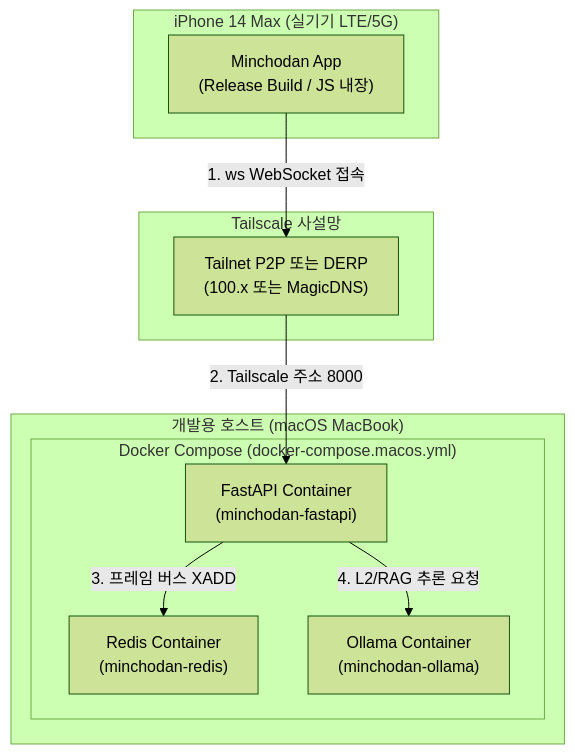
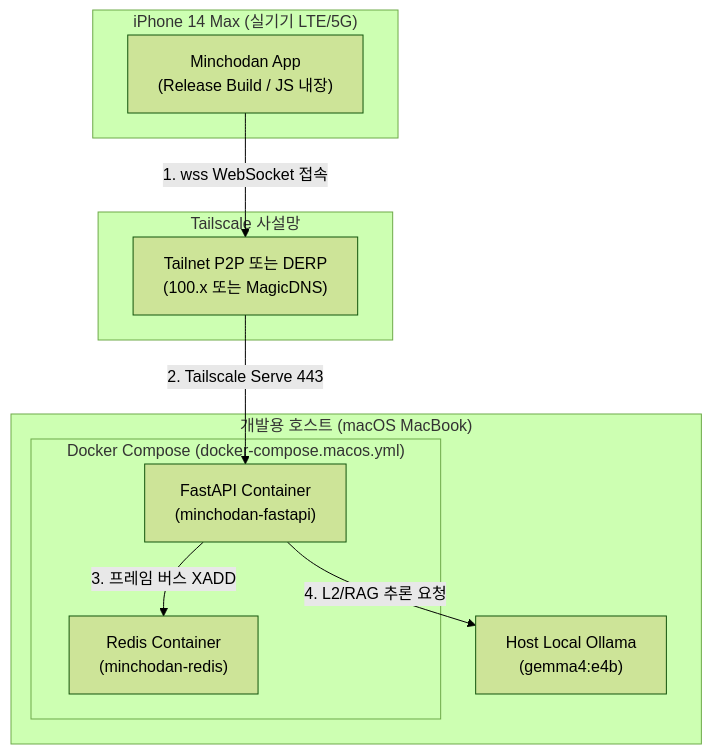
One commit to Groog-sudo/Minchodan changed the diagram in docs/ops/wireless_test_guide.md. Above: the diagram before and after it, drawn with Mermaid (forest theme). The commit also changed other lines of this file and 23 other files, not shown here.

Commit message:
infra: Docker 및 Tailscale WSS 구성 정리

````diff
--- a/docs/ops/wireless_test_guide.md
+++ b/docs/ops/wireless_test_guide.md
@@ -15,23 +15,23 @@
 ```mermaid
 graph TD
     subgraph Client ["iPhone 14 Max (실기기 LTE/5G)"]
         App["Minchodan App<br/>(Release Build / JS 내장)"]
     end
 
     subgraph Internet ["Tailscale 사설망"]
         Tunnel["Tailnet P2P 또는 DERP<br/>(100.x 또는 MagicDNS)"]
     end
 
     subgraph Host ["개발용 호스트 (macOS MacBook)"]
         subgraph Docker ["Docker Compose (docker-compose.macos.yml)"]
             FastAPI["FastAPI Container<br/>(minchodan-fastapi)"]
             Redis["Redis Container<br/>(minchodan-redis)"]
-            Ollama["Ollama Container<br/>(minchodan-ollama)"]
         end
+        Ollama["Host Local Ollama<br/>(gemma4:e4b)"]
     end
 
-    App -->|1. ws WebSocket 접속| Tunnel
-    Tunnel -->|2. Tailscale 주소 8000| FastAPI
+    App -->|1. wss WebSocket 접속| Tunnel
+    Tunnel -->|2. Tailscale Serve 443| FastAPI
     FastAPI -->|3. 프레임 버스 XADD| Redis
     FastAPI -->|4. L2/RAG 추론 요청| Ollama
 ```
````
